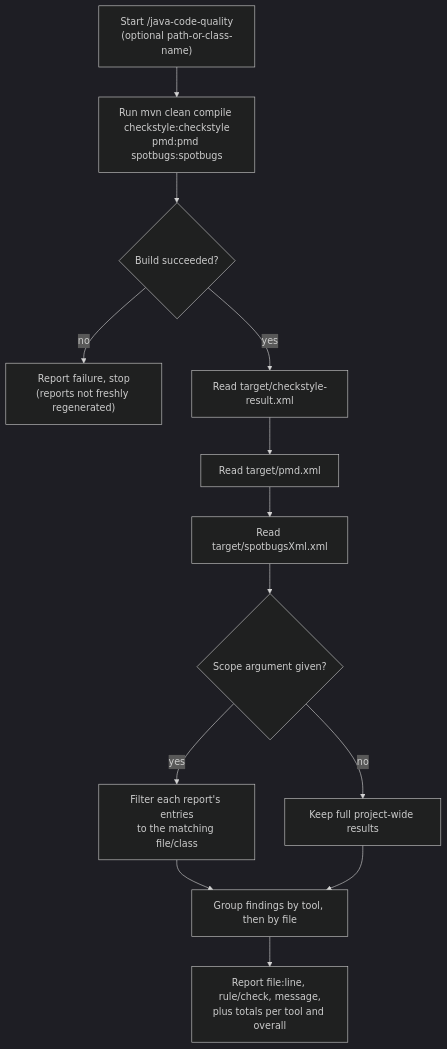
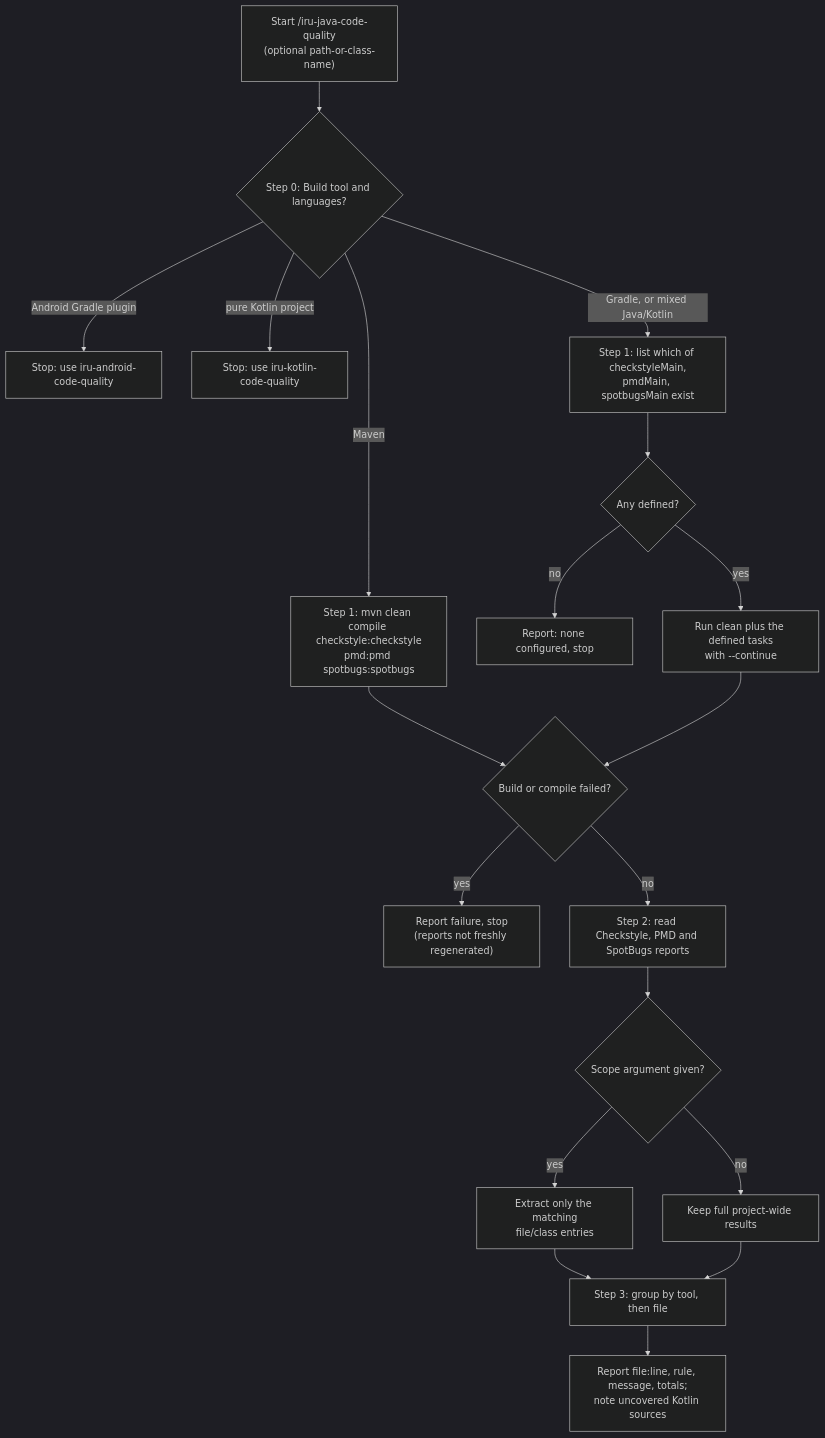
One commit to albertoirurueta/ai-catalog changed the diagram in docs/modules/ROOT/pages/skills/iru-java-code-quality.adoc. Above: the diagram before and after it, drawn with Mermaid (dark theme). The commit also changed other lines of this file and 234 other files, not shown here.

```diff
--- a/docs/modules/ROOT/pages/skills/iru-java-code-quality.adoc
+++ b/docs/modules/ROOT/pages/skills/iru-java-code-quality.adoc
@@ -58,16 +83,22 @@
 [mermaid]
 ....
 flowchart TD
-    A["Start /java-code-quality\n(optional path-or-class-name)"] --> B["Run mvn clean compile checkstyle:checkstyle\npmd:pmd spotbugs:spotbugs"]
-    B --> C{Build succeeded?}
-    C -- no --> D["Report failure, stop\n(reports not freshly regenerated)"]
-    C -- yes --> E["Read target/checkstyle-result.xml"]
-    E --> F["Read target/pmd.xml"]
-    F --> G["Read target/spotbugsXml.xml"]
-    G --> H{Scope argument given?}
-    H -- yes --> I["Filter each report's entries\nto the matching file/class"]
+    A["Start /iru-java-code-quality\n(optional path-or-class-name)"] --> B{"Step 0: Build tool and languages?"}
+    B -- "Android Gradle plugin" --> B1["Stop: use iru-android-code-quality"]
+    B -- "pure Kotlin project" --> B2["Stop: use iru-kotlin-code-quality"]
+    B -- "Maven" --> C["Step 1: mvn clean compile checkstyle:checkstyle\npmd:pmd spotbugs:spotbugs"]
+    B -- "Gradle, or mixed Java/Kotlin" --> D["Step 1: list which of checkstyleMain,\npmdMain, spotbugsMain exist"]
+    D --> D1{"Any defined?"}
+    D1 -- no --> D2["Report: none configured, stop"]
+    D1 -- yes --> D3["Run clean plus the defined tasks\nwith --continue"]
+    C --> E{"Build or compile failed?"}
+    D3 --> E
+    E -- yes --> F["Report failure, stop\n(reports not freshly regenerated)"]
+    E -- no --> G["Step 2: read Checkstyle, PMD and SpotBugs reports"]
+    G --> H{"Scope argument given?"}
+    H -- yes --> I["Extract only the matching\nfile/class entries"]
     H -- no --> J["Keep full project-wide results"]
-    I --> K
-    J --> K["Group findings by tool, then by file"]
-    K --> L["Report file:line, rule/check, message,\nplus totals per tool and overall"]
+    I --> K["Step 3: group by tool, then file"]
+    J --> K
+    K --> L["Report file:line, rule, message, totals;\nnote uncovered Kotlin sources"]
 ....
```
